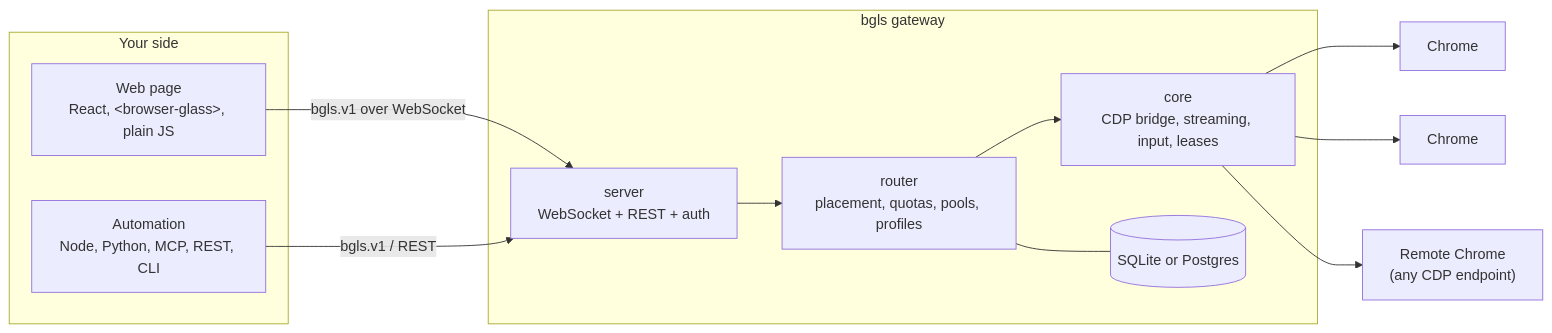
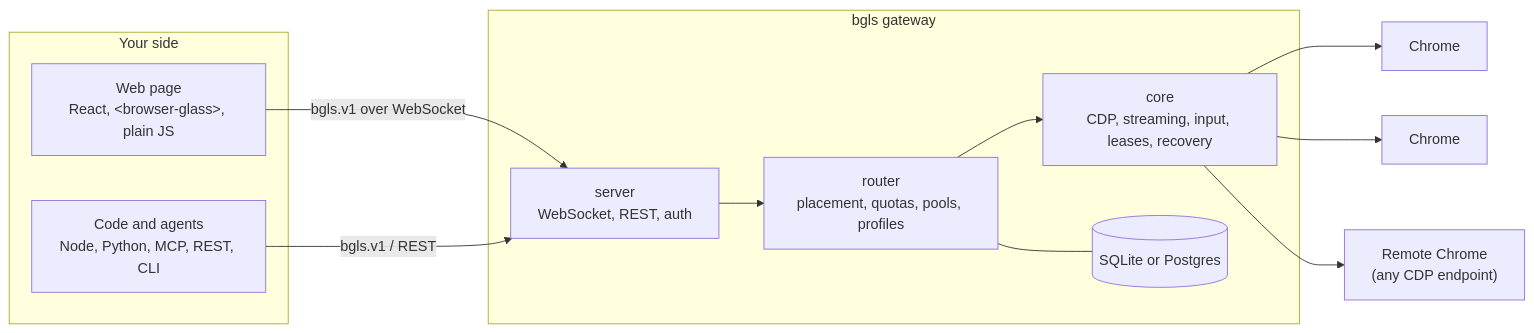
Before and after one commit to psmux/browserglass: the diagram in README.md, drawn with Mermaid. The commit also changed other lines of this file and 49 other files, not shown here.

````diff
--- a/README.md
+++ b/README.md
@@ -10,21 +275,21 @@
 ```mermaid
 flowchart LR
-  subgraph clients[Your side]
+  subgraph you[Your side]
     W["Web page<br/>React, &lt;browser-glass&gt;, plain JS"]
-    A["Automation<br/>Node, Python, MCP, REST, CLI"]
+    A["Code and agents<br/>Node, Python, MCP, REST, CLI"]
   end
   subgraph gw["bgls gateway"]
-    S["server<br/>WebSocket + REST + auth"]
+    S["server<br/>WebSocket, REST, auth"]
     R["router<br/>placement, quotas, pools, profiles"]
-    C["core<br/>CDP bridge, streaming, input, leases"]
+    C["core<br/>CDP, streaming, input, leases, recovery"]
     DB[("SQLite or Postgres")]
   end
   CH1["Chrome"]
   CH2["Chrome"]
   CH3["Remote Chrome<br/>(any CDP endpoint)"]
   W -- "bgls.v1 over WebSocket" --> S
   A -- "bgls.v1 / REST" --> S
   S --> R --> C
   R --- DB
   C --> CH1 & CH2 & CH3
 ```
````
